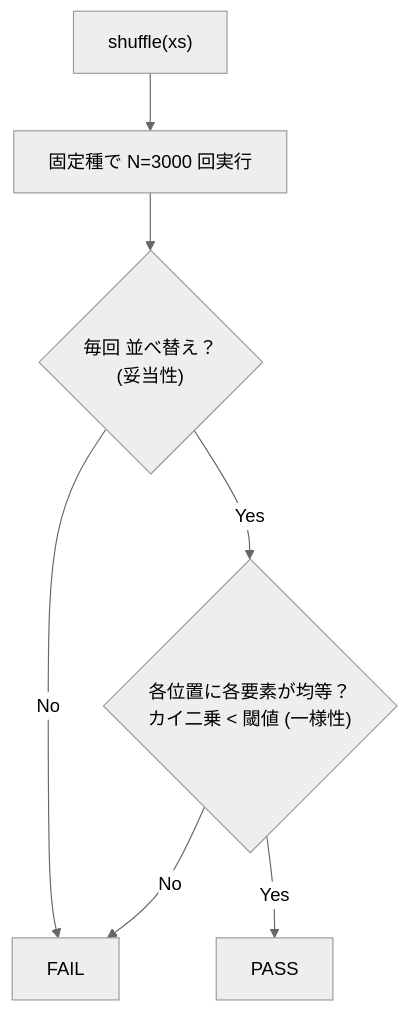
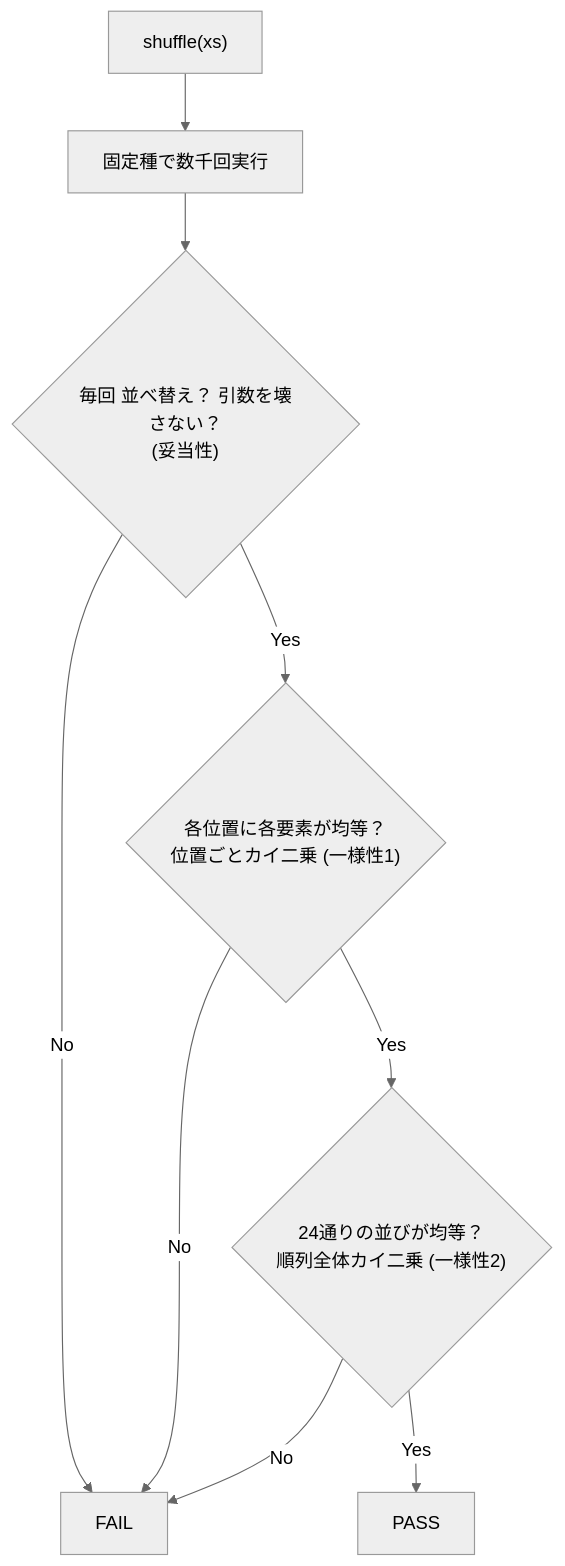
Before and after one commit to hatohato-lab/monte-carlo-shuffle-agent: the diagram in README.md, drawn with Mermaid. The commit also changed other lines of this file and 6 other files, not shown here.

````diff
--- a/README.md
+++ b/README.md
@@ -29,10 +39,12 @@
 ```mermaid
 %%{init: {'theme':'neutral'}}%%
 flowchart TD
-  S["shuffle(xs)"] --> R["固定種で N=3000 回実行"]
-  R --> A{"毎回 並べ替え？<br/>(妥当性)"}
+  S["shuffle(xs)"] --> R["固定種で数千回実行"]
+  R --> A{"毎回 並べ替え？ 引数を壊さない？<br/>(妥当性)"}
   A -->|No| F["FAIL"]
-  A -->|Yes| B{"各位置に各要素が均等？<br/>カイ二乗 < 閾値 (一様性)"}
+  A -->|Yes| B{"各位置に各要素が均等？<br/>位置ごとカイ二乗 (一様性1)"}
   B -->|No| F
-  B -->|Yes| P["PASS"]
+  B -->|Yes| C{"24通りの並びが均等？<br/>順列全体カイ二乗 (一様性2)"}
+  C -->|No| F
+  C -->|Yes| P["PASS"]
 ```
````
